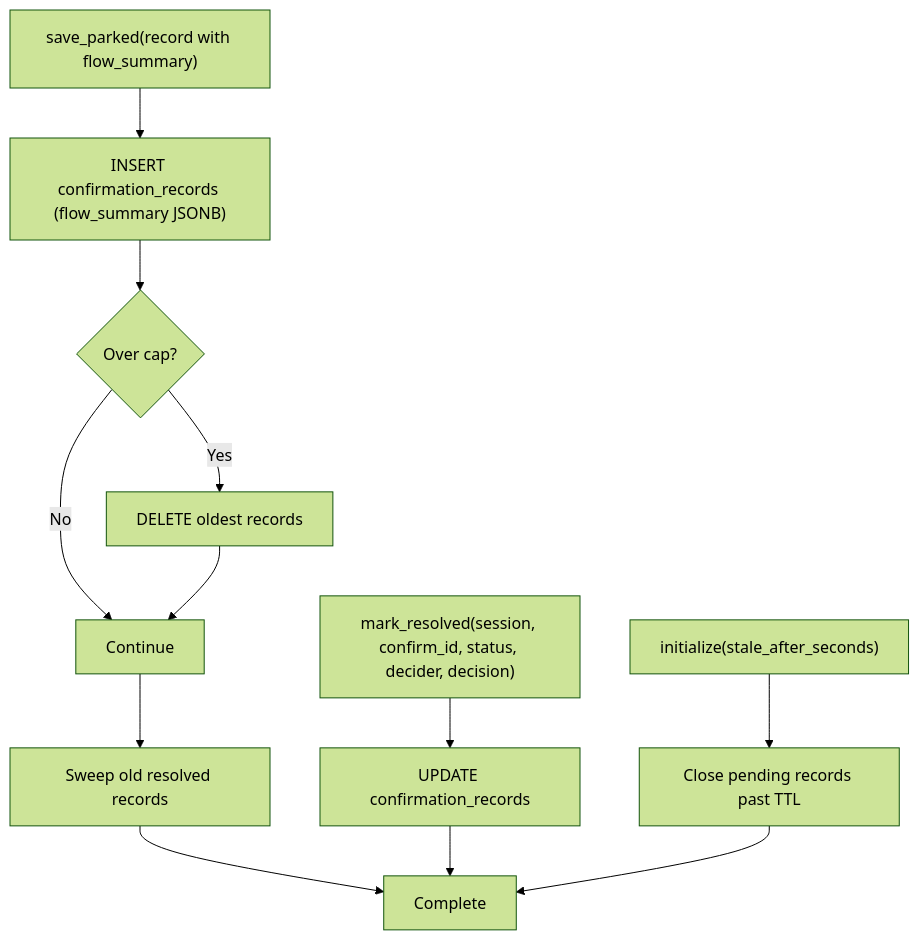
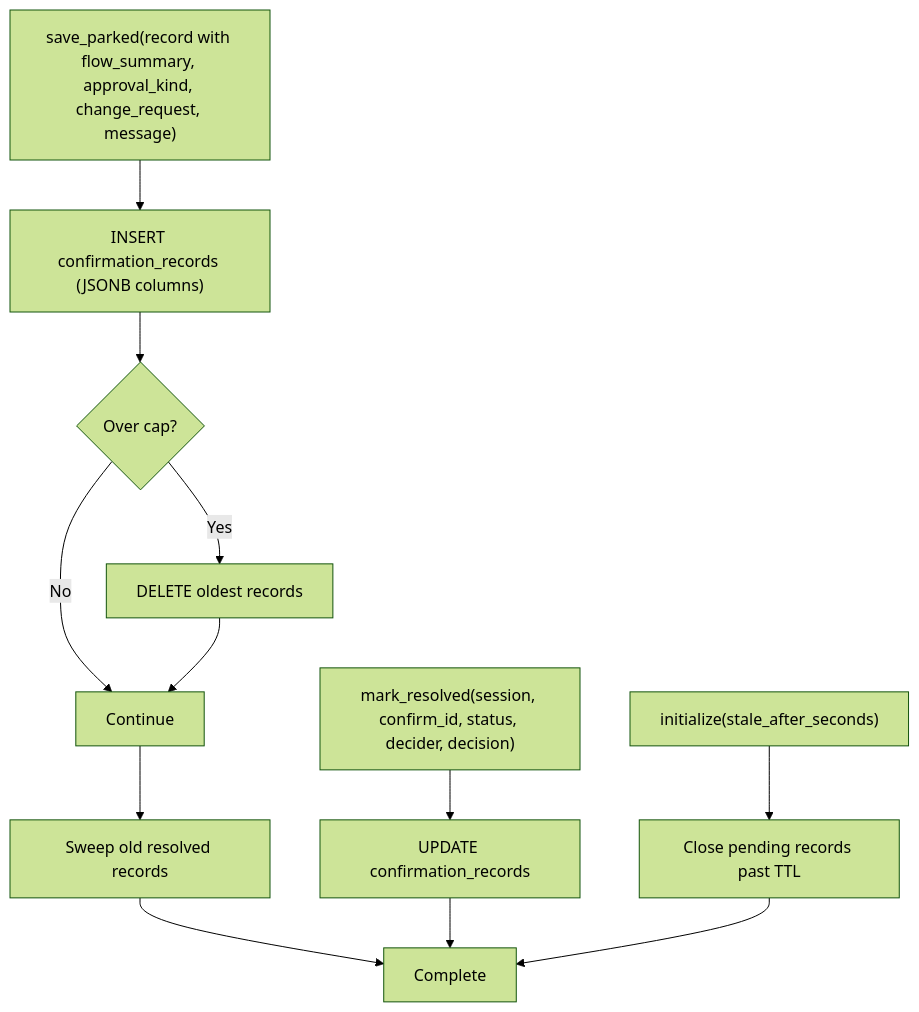
Before and after one commit to metasync/luban-aiops: the fourth of 14 diagrams in .qoder/repowiki/en/content/Agent Platform Service/HITL Confirmation Bridging (SPEC-020).md, drawn with Mermaid (forest theme). The commit also changed other lines of this file and 35 other files, not shown here.

````diff
--- a/.qoder/repowiki/en/content/Agent Platform Service/HITL Confirmation Bridging (SPEC-020).md
+++ b/.qoder/repowiki/en/content/Agent Platform Service/HITL Confirmation Bridging (SPEC-020).md
@@ -365,14 +376,14 @@
 ```mermaid
 flowchart TD
-Park["save_parked(record with flow_summary)"] --> Insert["INSERT confirmation_records (flow_summary JSONB)"]
+Park["save_parked(record with flow_summary, approval_kind, change_request, message)"] --> Insert["INSERT confirmation_records (JSONB columns)"]
 Insert --> Evict{"Over cap?"}
 Evict -- Yes --> Sweep["DELETE oldest records"]
 Evict -- No --> Continue["Continue"]
 Sweep --> Continue
 Continue --> Audit["Sweep old resolved records"]
 Audit --> Complete["Complete"]
 Resolve["mark_resolved(session, confirm_id, status, decider, decision)"] --> Update["UPDATE confirmation_records"]
 Update --> Complete
 Startup["initialize(stale_after_seconds)"] --> CloseStale["Close pending records past TTL"]
 CloseStale --> Complete
 ```
````
